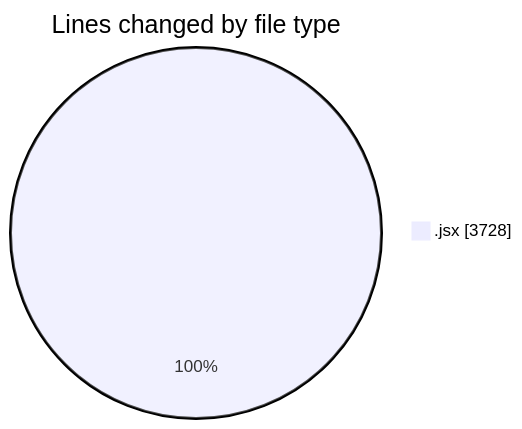
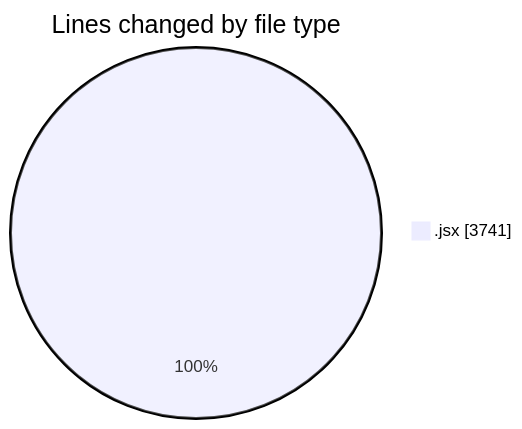
One commit to nxtqubesakshisongat/code-tracking changed the first of 2 diagrams in 2025-05-12/argos-dev/README.md. Above: the diagram before and after it, drawn with Mermaid. The commit also changed other lines of this file and 1 other file, not shown here.

````diff
--- a/2025-05-12/argos-dev/README.md
+++ b/2025-05-12/argos-dev/README.md
@@ -26,5 +26,5 @@
 ```mermaid
 pie showData
 title Lines changed by file type
-".jsx" : 3728
+".jsx" : 3741
 ```
````
